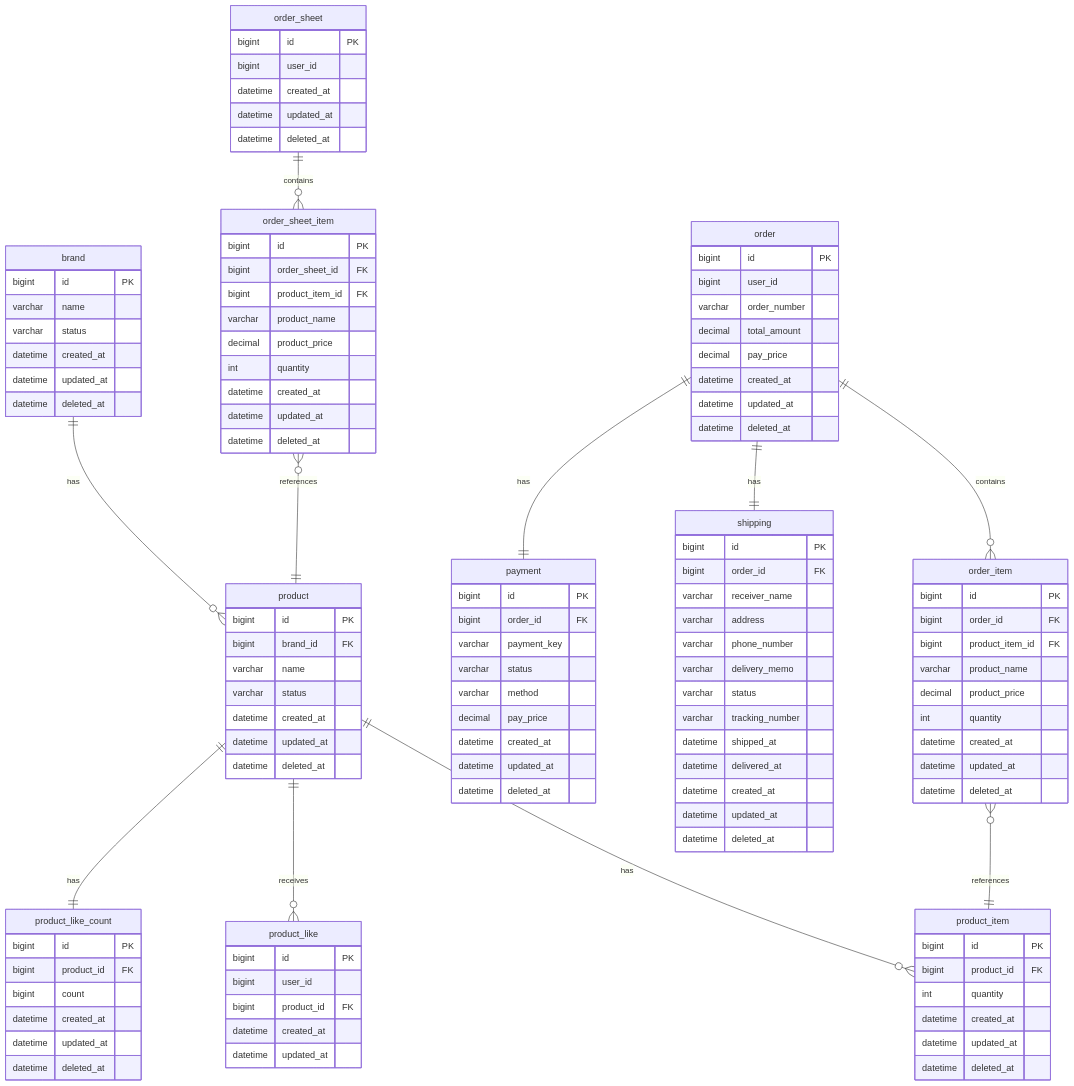
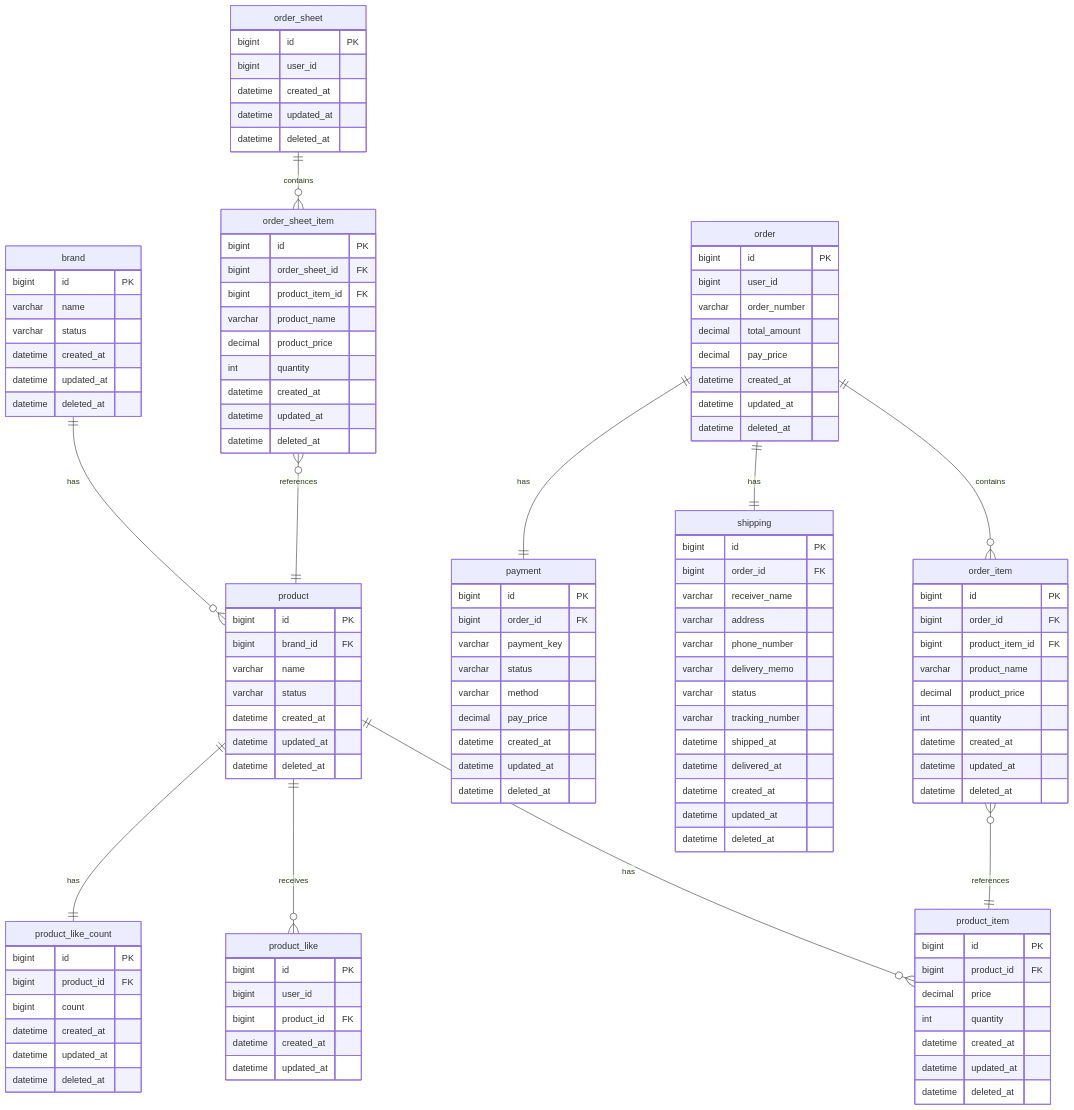
The diagram in docs/design/04-erd.md (djawnstj/loopers-ecommerce), drawn with Mermaid before and after one commit.

Commit message:
docs: erd product_item price 컬럼 추가

```diff
--- a/docs/design/04-erd.md
+++ b/docs/design/04-erd.md
@@ -22,6 +22,7 @@
     product_item {
         bigint id PK
         bigint product_id FK
+        decimal price
         int quantity
         datetime created_at
         datetime updated_at
```
